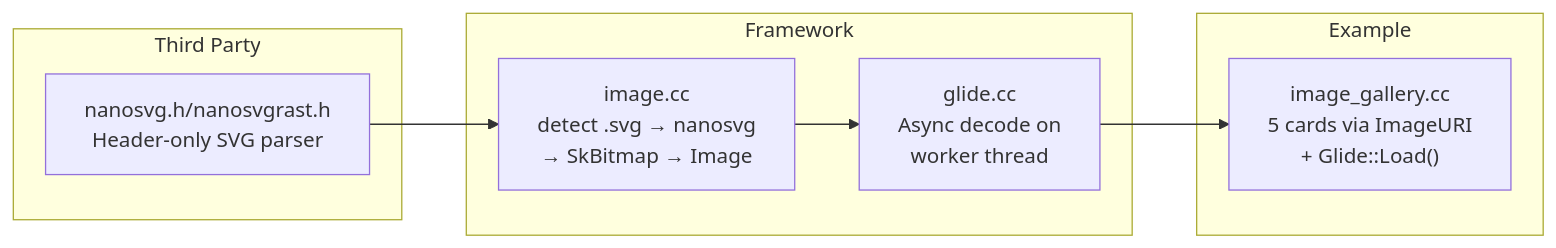
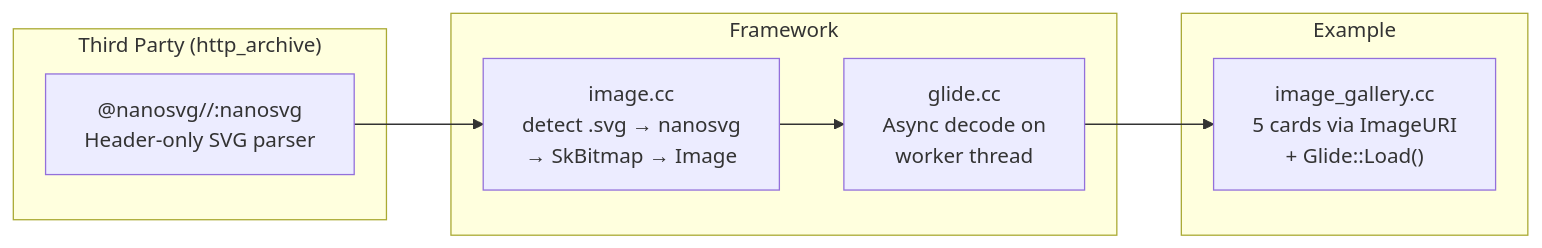
The diagram in specs/010-svg-image-support/plan.md (oxsource/native_ui), drawn with Mermaid before and after one commit. The commit also changed other lines of this file and 11 other files, not shown here.

First line of the commit message:
feat(phase1): integrate nanosvg via http_archive

````diff
--- a/specs/010-svg-image-support/plan.md
+++ b/specs/010-svg-image-support/plan.md
@@ -76,16 +76,16 @@
 ```mermaid
 flowchart LR
-    subgraph "Third Party"
-        NANO["nanosvg.h/nanosvgrast.h<br/>Header-only SVG parser"]
+    subgraph "Third Party (http_archive)"
+        NANO["@nanosvg//:nanosvg<br/>Header-only SVG parser"]
     end
     subgraph "Framework"
         IMAGE["image.cc<br/>detect .svg → nanosvg<br/>→ SkBitmap → Image"]
         GLIDE["glide.cc<br/>Async decode on<br/>worker thread"]
     end
     subgraph "Example"
         GALLERY["image_gallery.cc<br/>5 cards via ImageURI<br/>+ Glide::Load()"]
     end
     NANO --> IMAGE
     IMAGE --> GLIDE
     GLIDE --> GALLERY
 ```
````
